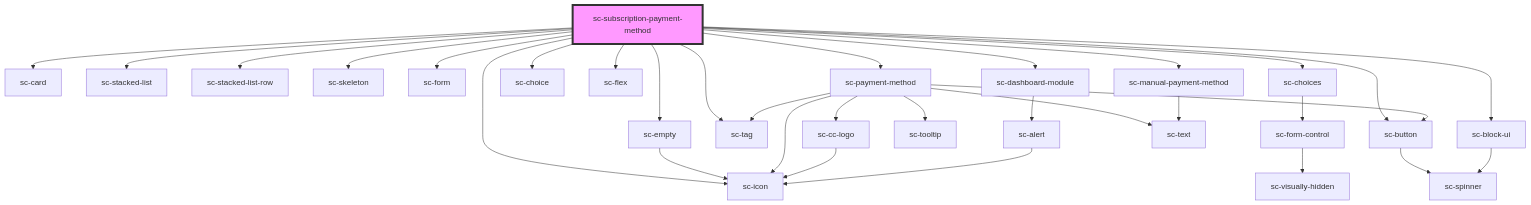
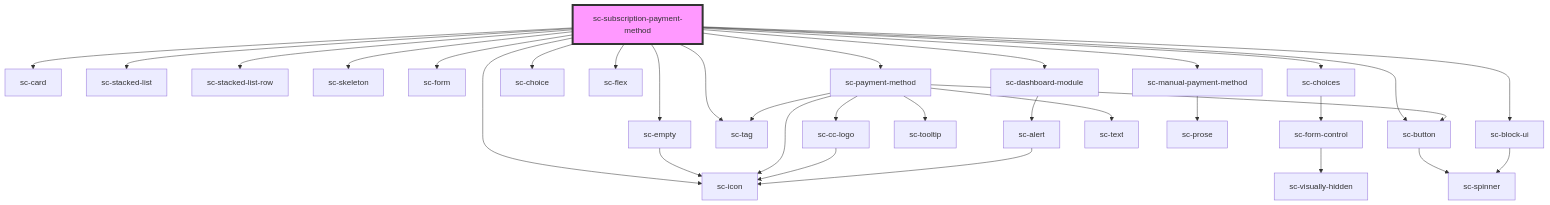
Before and after one commit to surecart/surecart-wp-plugin: the diagram in packages/components/src/components/controllers/dashboard/sc-subscription-payment-method/readme.md, drawn with Mermaid. The commit also changed 20 other files, not shown here.

Commit message:
Displayed Manual Payment Method in Next Payment in Dashboard, Fixed nonce issue while update payment method, Fetch only reusable manual payment method logic added

````diff
--- a/packages/components/src/components/controllers/dashboard/sc-subscription-payment-method/readme.md
+++ b/packages/components/src/components/controllers/dashboard/sc-subscription-payment-method/readme.md
@@ -38,35 +38,35 @@
 ```mermaid
 graph TD;
   sc-subscription-payment-method --> sc-card
   sc-subscription-payment-method --> sc-stacked-list
   sc-subscription-payment-method --> sc-stacked-list-row
   sc-subscription-payment-method --> sc-skeleton
   sc-subscription-payment-method --> sc-empty
   sc-subscription-payment-method --> sc-form
   sc-subscription-payment-method --> sc-choices
   sc-subscription-payment-method --> sc-button
   sc-subscription-payment-method --> sc-icon
   sc-subscription-payment-method --> sc-choice
   sc-subscription-payment-method --> sc-flex
   sc-subscription-payment-method --> sc-payment-method
   sc-subscription-payment-method --> sc-tag
   sc-subscription-payment-method --> sc-manual-payment-method
   sc-subscription-payment-method --> sc-dashboard-module
   sc-subscription-payment-method --> sc-block-ui
   sc-empty --> sc-icon
   sc-choices --> sc-form-control
   sc-form-control --> sc-visually-hidden
   sc-button --> sc-spinner
   sc-payment-method --> sc-tooltip
   sc-payment-method --> sc-button
   sc-payment-method --> sc-icon
   sc-payment-method --> sc-tag
   sc-payment-method --> sc-cc-logo
   sc-payment-method --> sc-text
   sc-cc-logo --> sc-icon
-  sc-manual-payment-method --> sc-text
+  sc-manual-payment-method --> sc-prose
   sc-dashboard-module --> sc-alert
   sc-alert --> sc-icon
   sc-block-ui --> sc-spinner
   style sc-subscription-payment-method fill:#f9f,stroke:#333,stroke-width:4px
 ```
````
